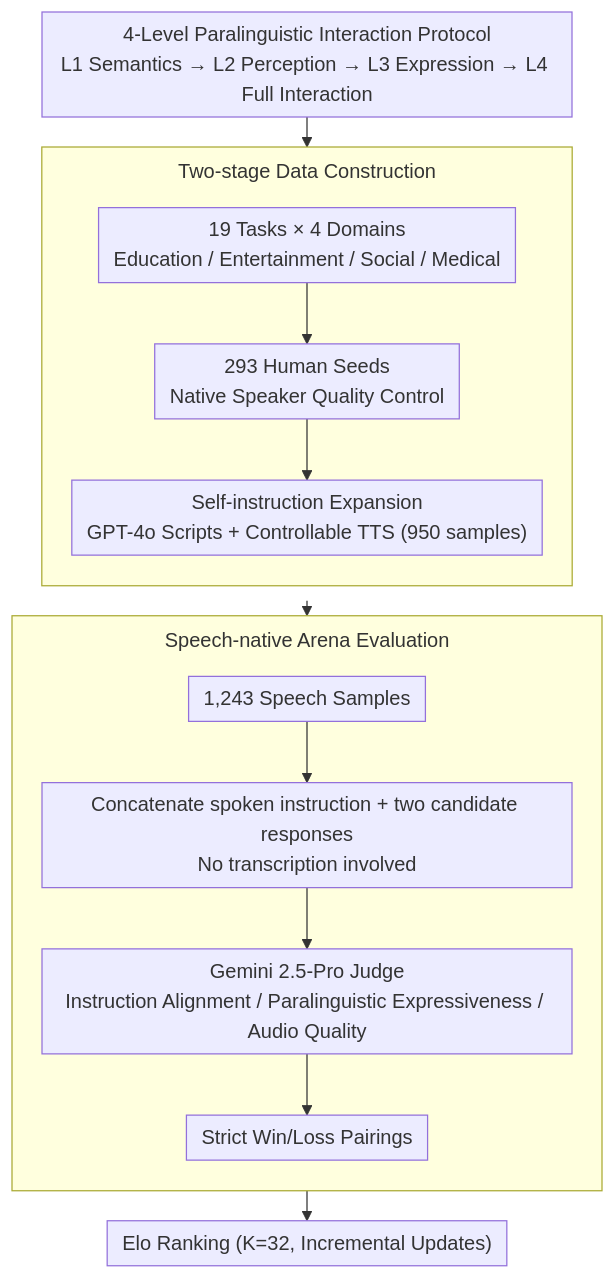
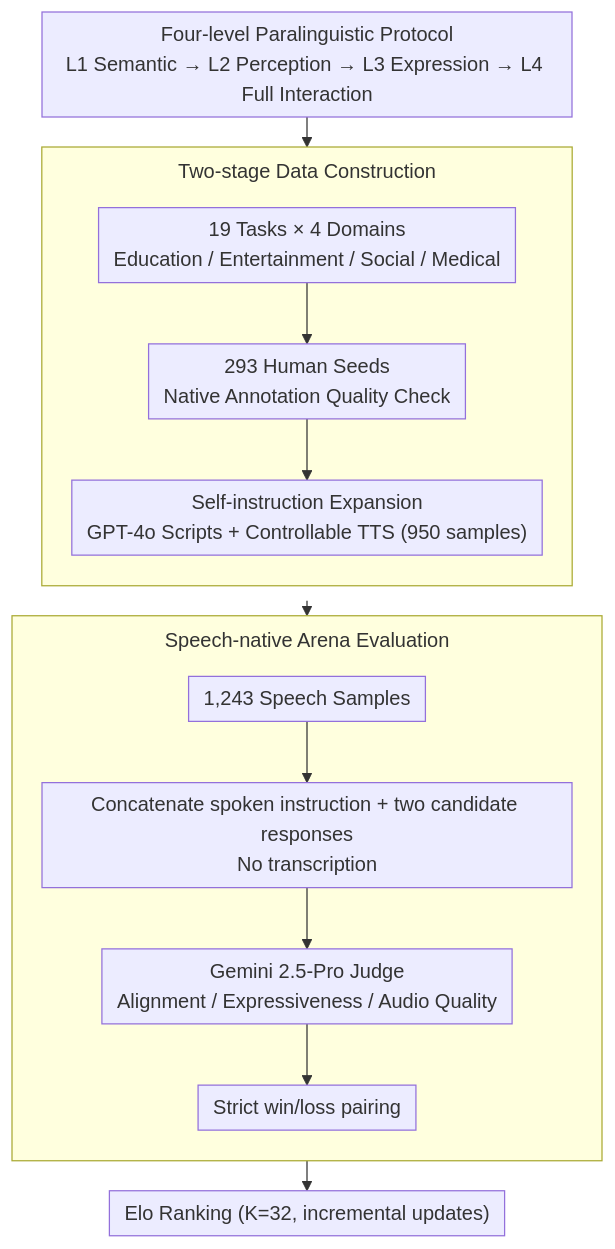
The diagram in docs/ACL2026/audio_speech/s2s-arena_evaluating_paralinguistic_instruction_following_in_speech-to-speech_mo.md (zhaoyang97/Paper-Notes-en), drawn with Mermaid before and after one commit. The commit also changed other lines of this file and 5084 other files, not shown here.

````diff
--- a/docs/ACL2026/audio_speech/s2s-arena_evaluating_paralinguistic_instruction_following_in_speech-to-speech_mo.md
+++ b/docs/ACL2026/audio_speech/s2s-arena_evaluating_paralinguistic_instruction_following_in_speech-to-speech_mo.md
@@ -44,18 +44,18 @@
 ```mermaid
 %%{init: {'flowchart': {'rankSpacing': 24, 'nodeSpacing': 28, 'padding': 6, 'wrappingWidth': 400, 'subGraphTitleMargin': {'top': 8, 'bottom': 16}}}}%%
 flowchart TD
-    A["4-Level Paralinguistic Interaction Protocol<br/>L1 Semantics → L2 Perception → L3 Expression → L4 Full Interaction"] --> B["19 Tasks × 4 Domains<br/>Education / Entertainment / Social / Medical"]
+    A["Four-level Paralinguistic Protocol<br/>L1 Semantic → L2 Perception → L3 Expression → L4 Full Interaction"] --> B["19 Tasks × 4 Domains<br/>Education / Entertainment / Social / Medical"]
     subgraph DATA["Two-stage Data Construction"]
         direction TB
-        B --> C["293 Human Seeds<br/>Native Speaker Quality Control"]
+        B --> C["293 Human Seeds<br/>Native Annotation Quality Check"]
         C --> D["Self-instruction Expansion<br/>GPT-4o Scripts + Controllable TTS (950 samples)"]
     end
     DATA --> E["1,243 Speech Samples"]
     subgraph EVAL["Speech-native Arena Evaluation"]
         direction TB
-        E --> F["Concatenate spoken instruction + two candidate responses<br/>No transcription involved"]
-        F --> G["Gemini 2.5-Pro Judge<br/>Instruction Alignment / Paralinguistic Expressiveness / Audio Quality"]
-        G --> H["Strict Win/Loss Pairings"]
+        E --> F["Concatenate spoken instruction + two candidate responses<br/>No transcription"]
+        F --> G["Gemini 2.5-Pro Judge<br/>Alignment / Expressiveness / Audio Quality"]
+        G --> H["Strict win/loss pairing"]
     end
-    H --> I["Elo Ranking (K=32, Incremental Updates)"]
+    H --> I["Elo Ranking (K=32, incremental updates)"]
 ```
````
